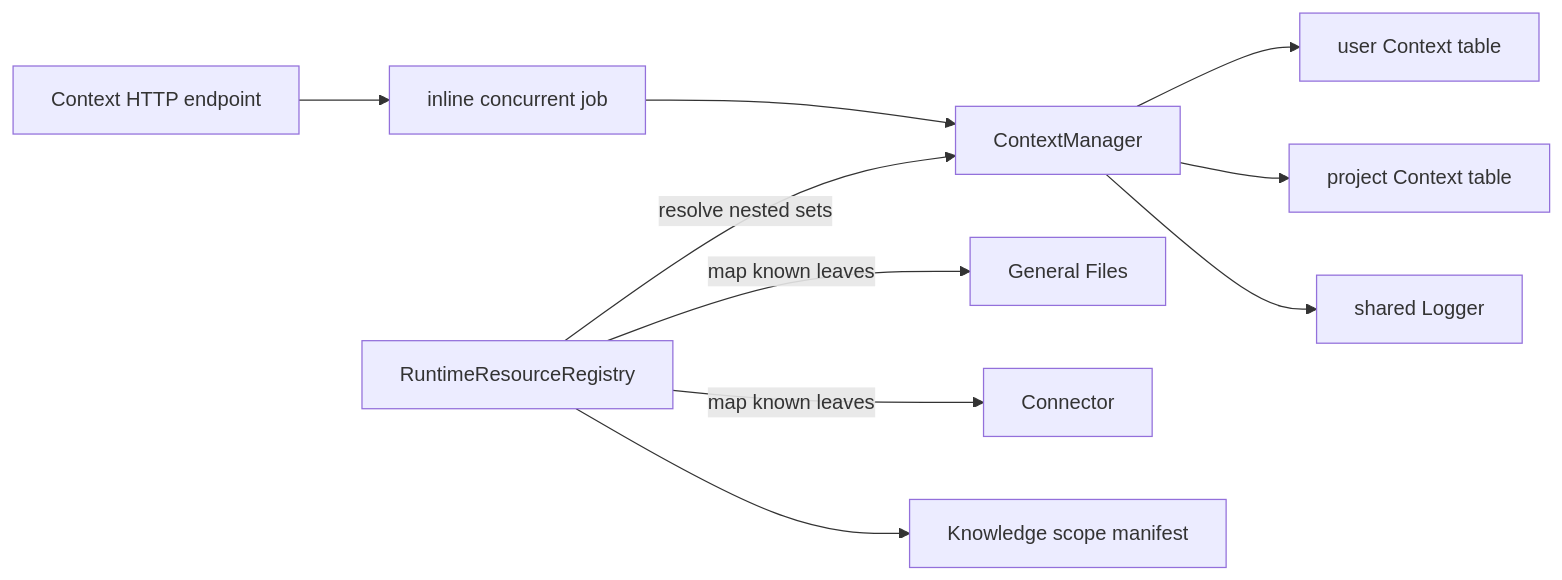
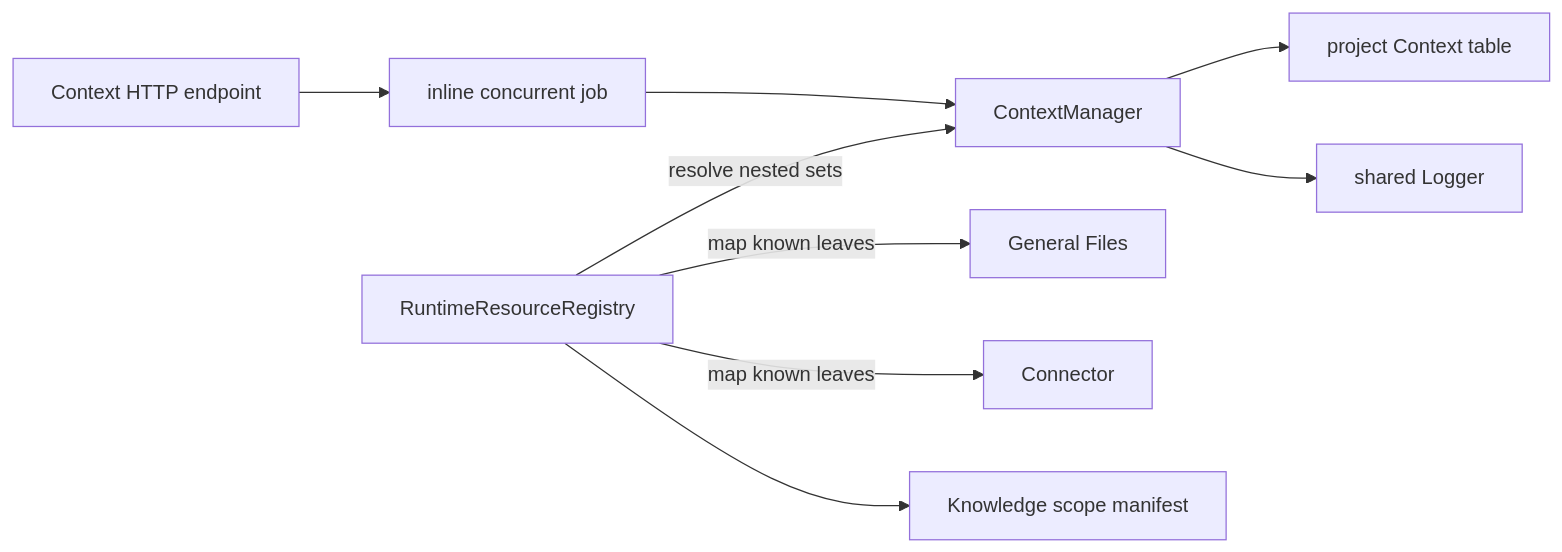
The first of 3 diagrams in apps/backend/src/3-capabilities/context/docs/concepts.md (gccurtis/icarus), drawn with Mermaid before and after one commit. The commit also changed other lines of this file and 12 other files, not shown here.

````diff
--- a/apps/backend/src/3-capabilities/context/docs/concepts.md
+++ b/apps/backend/src/3-capabilities/context/docs/concepts.md
@@ -35,12 +31,11 @@
 ```mermaid
 flowchart LR
   HTTP["Context HTTP endpoint"] --> JOB["inline concurrent job"]
   JOB --> CM["ContextManager"]
-  CM --> US["user Context table"]
   CM --> PS["project Context table"]
   CM --> LOG["shared Logger"]
   RR["RuntimeResourceRegistry"] -->|"resolve nested sets"| CM
   RR -->|"map known leaves"| GF["General Files"]
   RR -->|"map known leaves"| CONN["Connector"]
   RR --> K["Knowledge scope manifest"]
 ```
````
